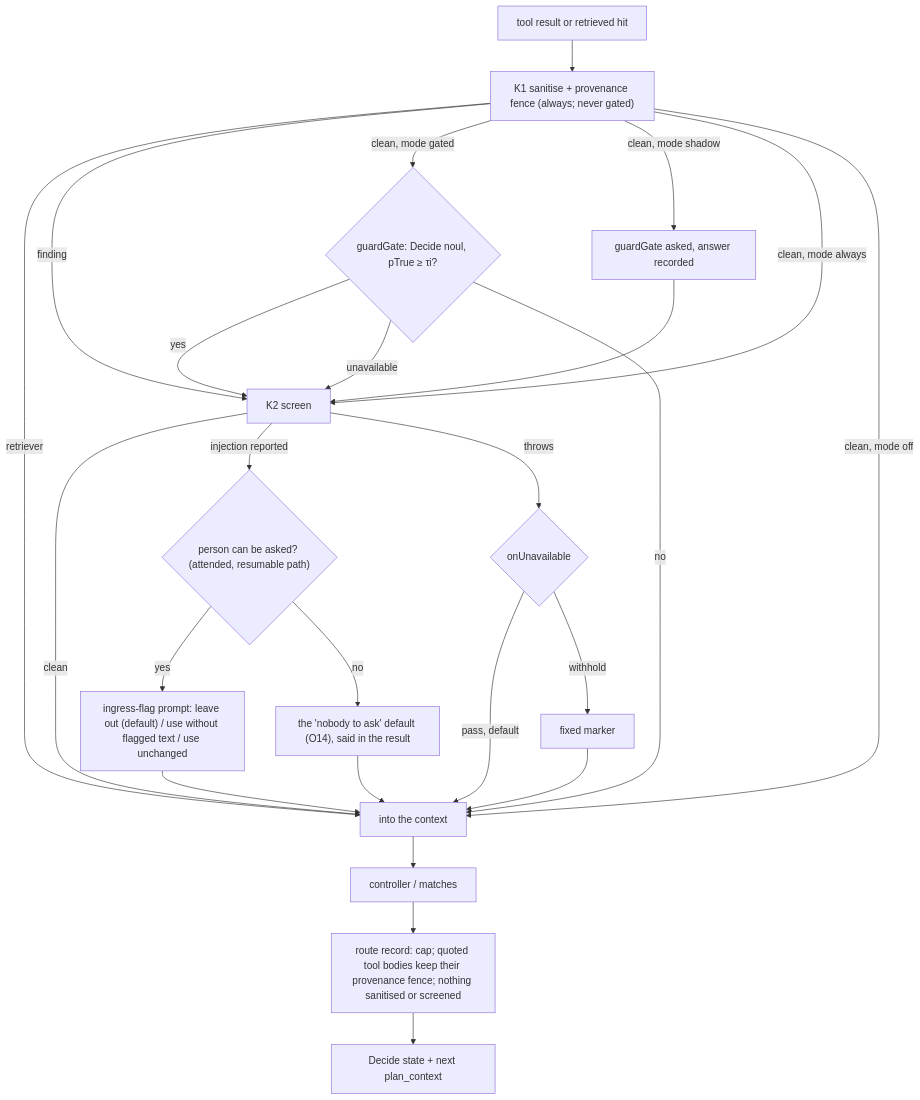
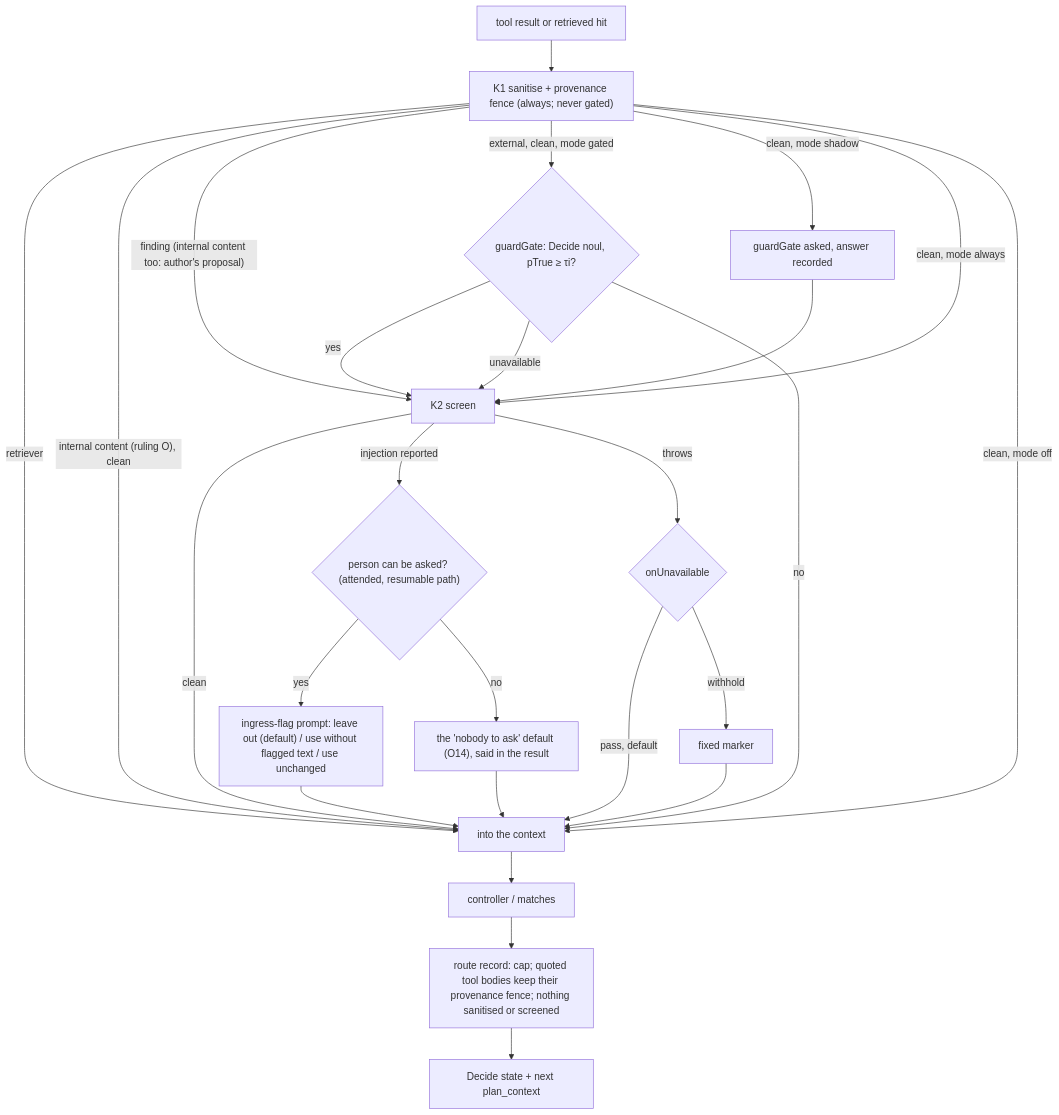
The third of 4 diagrams in docs/plan/boundary-guards.md (mknw/hames-playground), drawn with Mermaid before and after one commit. The commit also changed other lines of this file, not shown here.

First line of the commit message:
docs(plan): fold the owner's rulings on O13 to O23 into the guard design

````diff
--- a/docs/plan/boundary-guards.md
+++ b/docs/plan/boundary-guards.md
@@ -324,22 +351,23 @@
 ```mermaid
 flowchart TB
   TR["tool result or retrieved hit"] --> K1["K1 sanitise + provenance fence (always; never gated)"]
   K1 -->|retriever| OUT["into the context"]
-  K1 -->|finding| SCR["K2 screen"]
-  K1 -->|clean, mode gated| G{"guardGate: Decide noul, pTrue ≥ τi?"}
+  K1 -->|"internal content (ruling O), clean"| OUT
+  K1 -->|"finding (internal content too: author's proposal)"| SCR["K2 screen"]
+  K1 -->|external, clean, mode gated| G{"guardGate: Decide noul, pTrue ≥ τi?"}
   K1 -->|clean, mode shadow| SH["guardGate asked, answer recorded"] --> SCR
   K1 -->|clean, mode always| SCR
   K1 -->|clean, mode off| OUT
   G -->|yes| SCR
   G -->|unavailable| SCR
   G -->|no| OUT
   SCR -->|clean| OUT
   SCR -->|injection reported| ASK{"person can be asked? (attended, resumable path)"}
   ASK -->|yes| HF["ingress-flag prompt: leave out (default) / use without flagged text / use unchanged"] --> OUT
   ASK -->|no| DEF["the 'nobody to ask' default (O14), said in the result"] --> OUT
   SCR -->|throws| POL{"onUnavailable"}
   POL -->|pass, default| OUT
   POL -->|withhold| MK["fixed marker"] --> OUT
   OUT --> CTL["controller / matches"] --> REC["route record: cap; quoted tool bodies keep their provenance fence; nothing sanitised or screened"]
   REC --> STATE["Decide state + next plan_context"]
 ```
````
